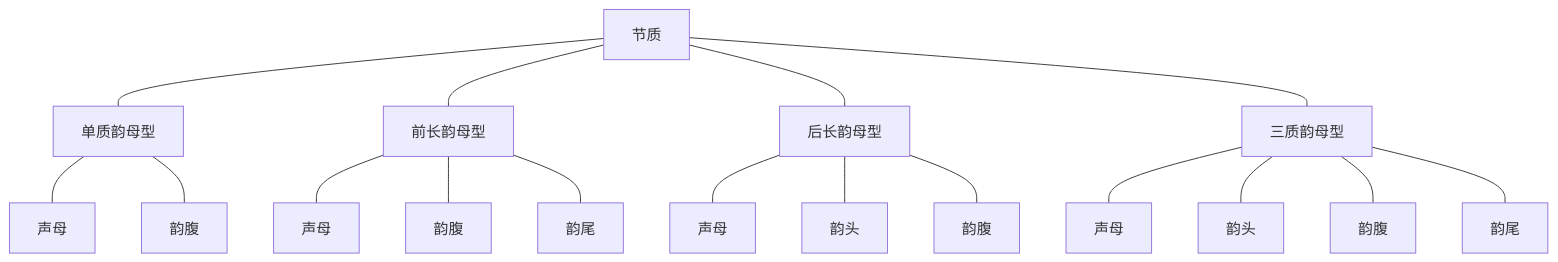
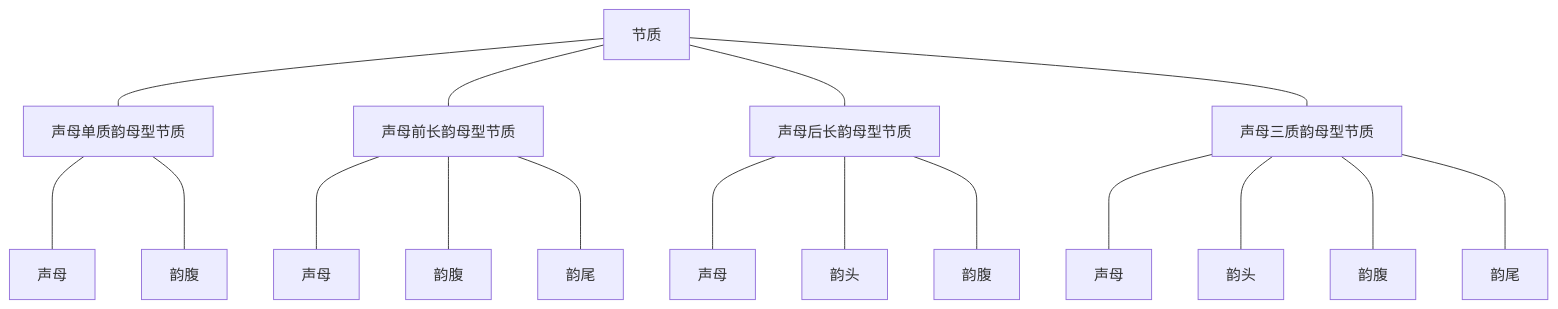
Before and after one commit to tsaanghwang/Yime-prototype: the diagram in YIME_Theory/flowchart/节质线形结构.mmd, drawn with Mermaid. The commit also changed 28 other files, not shown here.

```diff
--- a/YIME_Theory/flowchart/节质线形结构.mmd
+++ b/YIME_Theory/flowchart/节质线形结构.mmd
@@ -1,17 +1,17 @@
 graph TB
-A[节质]  --- B1[单质韵母型]
-A --- B2[前长韵母型]
-A --- B3[后长韵母型]
-A --- B4[三质韵母型]
-B1 --- C1[声母]
-B1 --- C2[韵腹]
-B2 --- D1[声母]
-B2 --- D2[韵腹]
-B2 --- D3[韵尾]
-B3 --- E1[声母]
-B3 --- E2[韵头]
-B3 --- E3[韵腹]
-B4 --- F1[声母]
-B4 --- F2[韵头]
-B4 --- F3[韵腹]
-B4 --- F4[韵尾]
+A[节质]  --- B1[声母单质韵母型节质]
+A --- B2[声母前长韵母型节质]
+A --- B3[声母后长韵母型节质]
+A --- B4[声母三质韵母型节质]
+B1 ---- C1[声母]
+B1 ---- C2[韵腹]
+B2 ---- D1[声母]
+B2 ---- D2[韵腹]
+B2 ---- D3[韵尾]
+B3 ---- E1[声母]
+B3 ---- E2[韵头]
+B3 ---- E3[韵腹]
+B4 ---- F1[声母]
+B4 ---- F2[韵头]
+B4 ---- F3[韵腹]
+B4 ---- F4[韵尾]
```
